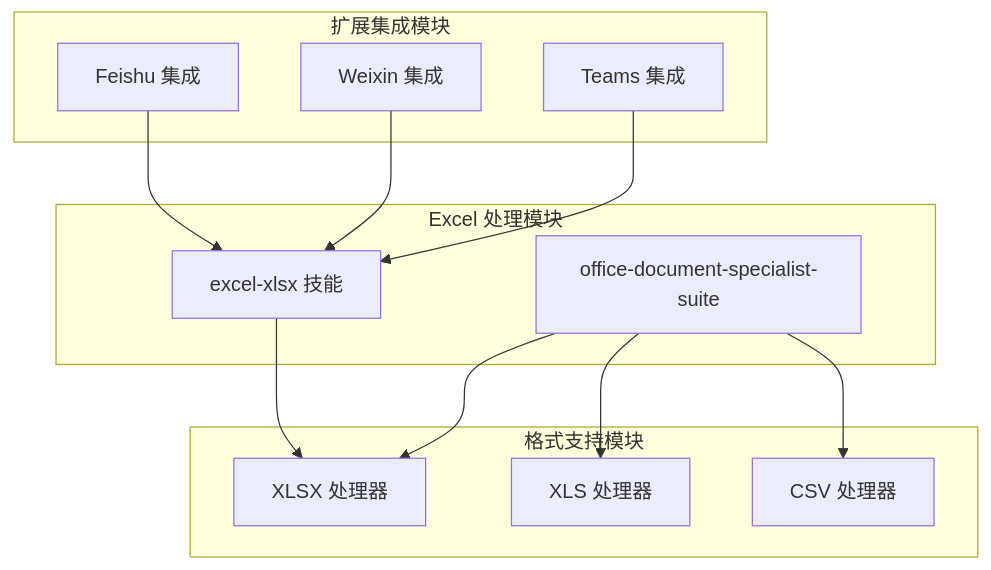
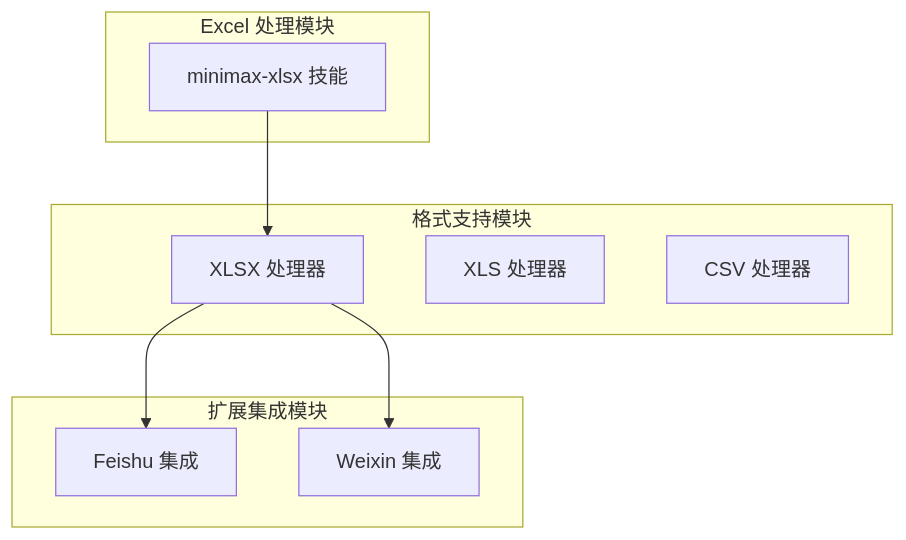
The eighth of 8 diagrams in .qoder/repowiki/zh/content/技能平台/内置技能/Excel 表格处理技能.md (verse-ai-org/openclaw), drawn with Mermaid before and after one commit. The commit also changed other lines of this file and 48 other files, not shown here.

````diff
--- a/.qoder/repowiki/zh/content/技能平台/内置技能/Excel 表格处理技能.md
+++ b/.qoder/repowiki/zh/content/技能平台/内置技能/Excel 表格处理技能.md
@@ -338,24 +321,18 @@
 ```mermaid
 graph TD
 subgraph "Excel 处理模块"
-A[excel-xlsx 技能]
-B[office-document-specialist-suite]
+A[minimax-xlsx 技能]
 end
 subgraph "格式支持模块"
-C[XLSX 处理器]
-D[XLS 处理器]
-E[CSV 处理器]
+B[XLSX 处理器]
+C[XLS 处理器]
+D[CSV 处理器]
 end
 subgraph "扩展集成模块"
-F[Feishu 集成]
-G[Weixin 集成]
-H[Teams 集成]
+E[Feishu 集成]
+F[Weixin 集成]
 end
-A --> C
-B --> C
-B --> D
+A --> B
 B --> E
-F --> A
-G --> A
-H --> A
+B --> F
 ```
````
